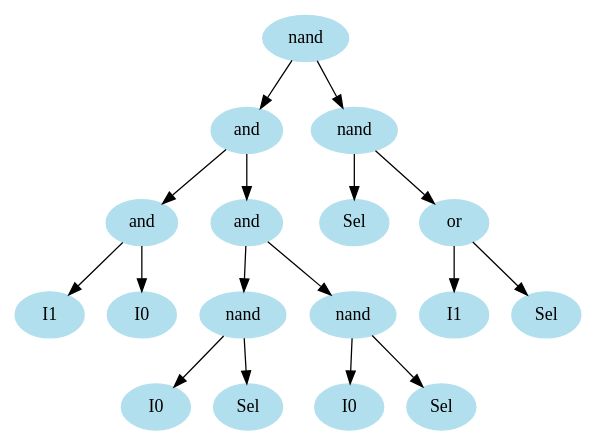
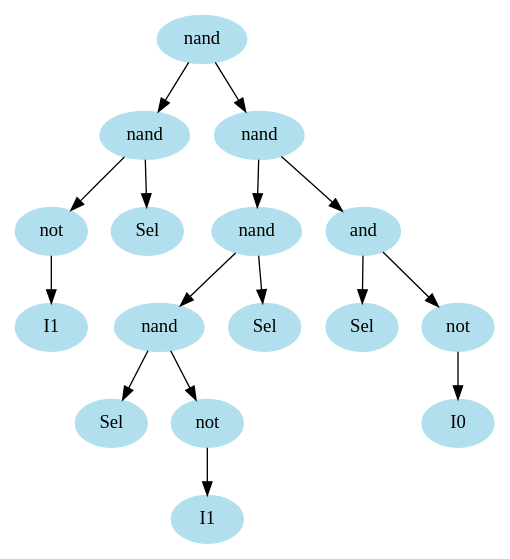
The diagram in Starting_AST.gv (king2b3/GP), drawn with Graphviz before and after one commit. The commit also changed 6 other files, not shown here.

```diff
--- a/Starting_AST.gv
+++ b/Starting_AST.gv
@@ -1,37 +1,35 @@
 digraph unix {
 	node [color=lightblue2 style=filled]
 	size="6,6"
 	gate_0 [label=nand]
-	gate_1 [label=and]
-	gate_2 [label=and]
+	gate_1 [label=nand]
+	gate_2 [label=not]
 	ins_0 [label=I1]
-	ins_1 [label=I0]
-	gate_3 [label=and]
+	ins_1 [label=Sel]
+	gate_3 [label=nand]
 	gate_4 [label=nand]
-	ins_2 [label=I0]
-	ins_3 [label=Sel]
 	gate_5 [label=nand]
-	ins_4 [label=I0]
+	ins_2 [label=Sel]
+	gate_6 [label=not]
+	ins_3 [label=I1]
+	ins_4 [label=Sel]
+	gate_7 [label=and]
 	ins_5 [label=Sel]
-	gate_6 [label=nand]
-	ins_6 [label=Sel]
-	gate_7 [label=or]
-	ins_7 [label=I1]
-	ins_8 [label=Sel]
+	gate_8 [label=not]
+	ins_6 [label=I0]
 	gate_0 -> gate_1
-	gate_0 -> gate_6
+	gate_0 -> gate_3
 	gate_1 -> gate_2
-	gate_1 -> gate_3
+	gate_1 -> ins_1
 	gate_2 -> ins_0
-	gate_2 -> ins_1
 	gate_3 -> gate_4
-	gate_3 -> gate_5
-	gate_4 -> ins_2
-	gate_4 -> ins_3
-	gate_5 -> ins_4
-	gate_5 -> ins_5
-	gate_6 -> ins_6
-	gate_6 -> gate_7
-	gate_7 -> ins_7
-	gate_7 -> ins_8
+	gate_3 -> gate_7
+	gate_4 -> gate_5
+	gate_4 -> ins_4
+	gate_5 -> ins_2
+	gate_5 -> gate_6
+	gate_6 -> ins_3
+	gate_7 -> ins_5
+	gate_7 -> gate_8
+	gate_8 -> ins_6
 }
```
